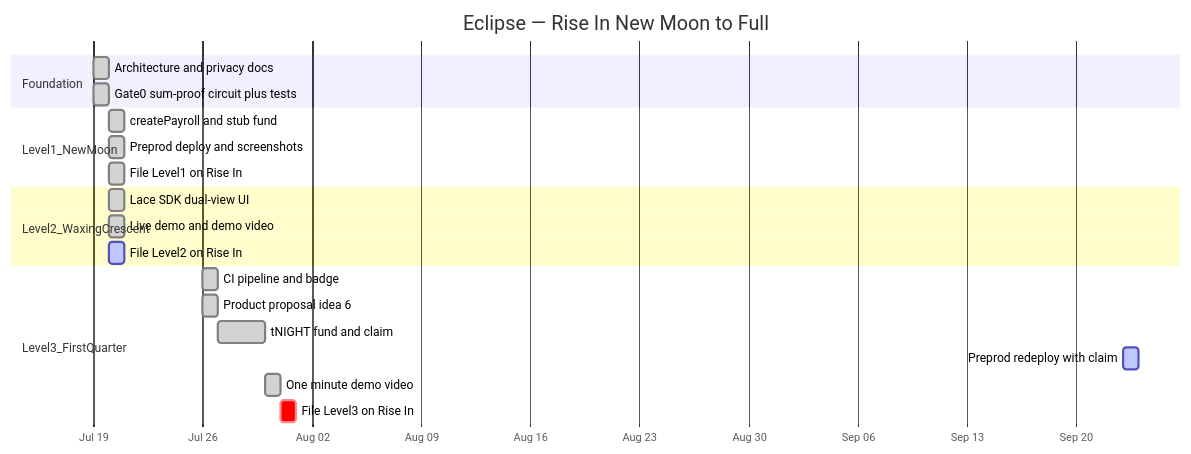
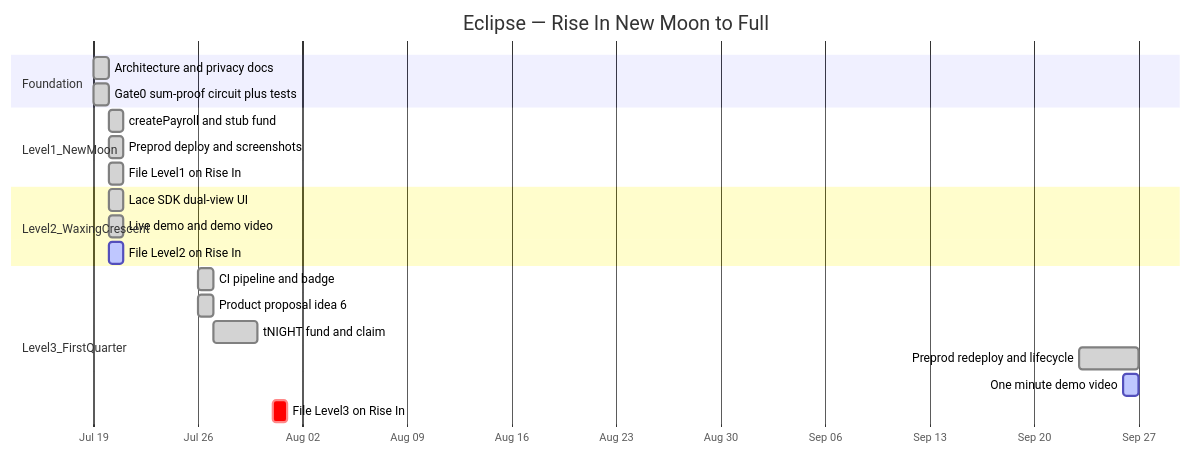
One commit to TadeyRuk/Eclipse changed the diagram in README.md. Above: the diagram before and after it, drawn with Mermaid. The commit also changed other lines of this file and 5 other files, not shown here.

First line of the commit message:
docs: point live demo at the four-circuit Preprod instance

````diff
--- a/README.md
+++ b/README.md
@@ -67,29 +70,29 @@
 ```mermaid
 gantt
     title Eclipse — Rise In New Moon to Full
     dateFormat YYYY-MM-DD
     axisFormat %b %d
     todayMarker off
 
     section Foundation
     Architecture and privacy docs     :done,    arch, 2026-07-19, 1d
     Gate0 sum-proof circuit plus tests :done,   g0,   2026-07-19, 1d
 
     section Level1_NewMoon
     createPayroll and stub fund       :done,    l1a, 2026-07-20, 1d
     Preprod deploy and screenshots    :done,    l1b, 2026-07-20, 1d
     File Level1 on Rise In            :done,    l1c, 2026-07-20, 1d
 
     section Level2_WaxingCrescent
     Lace SDK dual-view UI             :done,    l2a, 2026-07-20, 1d
     Live demo and demo video          :done,    l2b, 2026-07-20, 1d
     File Level2 on Rise In            :active,  l2c, 2026-07-20, 1d
 
     section Level3_FirstQuarter
     CI pipeline and badge             :done,    l3a, 2026-07-26, 1d
     Product proposal idea 6           :done,    l3b, 2026-07-26, 1d
     tNIGHT fund and claim             :done,    l3c, 2026-07-27, 3d
-    Preprod redeploy with claim       :active,  l3f, 2026-09-23, 1d
-    One minute demo video             :done,    l3d, 2026-07-30, 1d
+    Preprod redeploy and lifecycle    :done,    l3f, 2026-09-23, 4d
+    One minute demo video             :active,  l3d, 2026-09-26, 1d
     File Level3 on Rise In            :crit,    l3e, 2026-07-31, 1d
 ```
````
